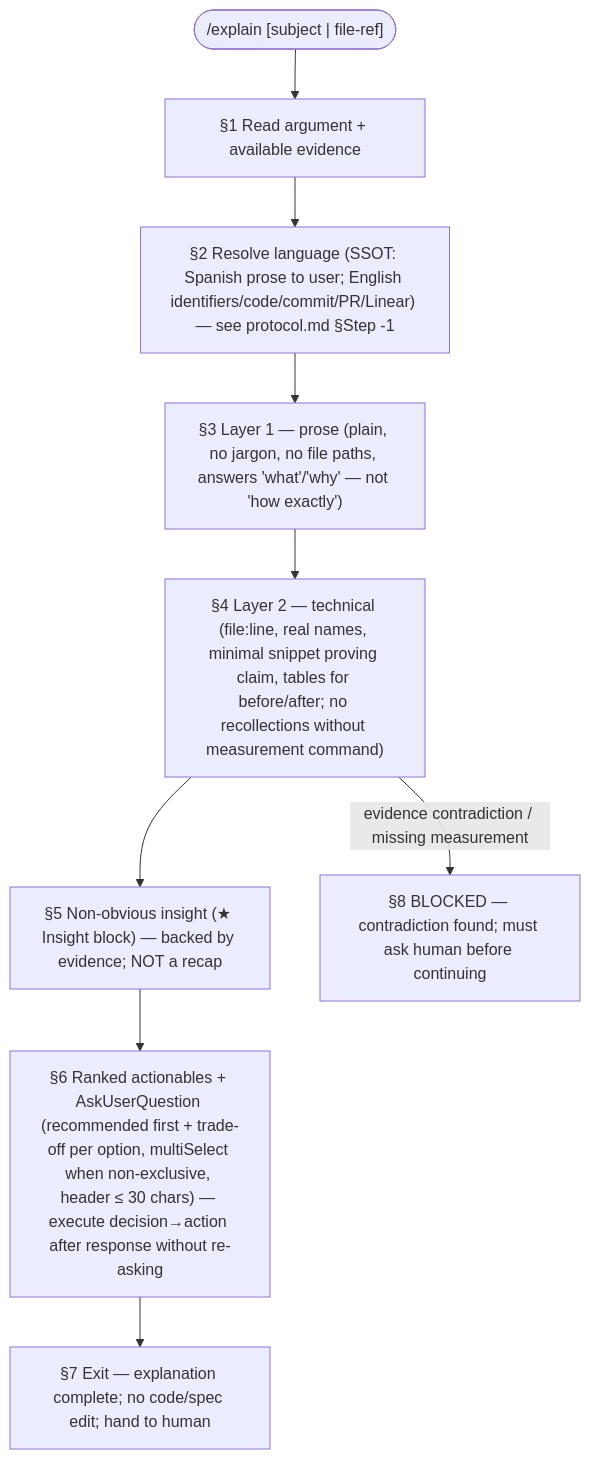
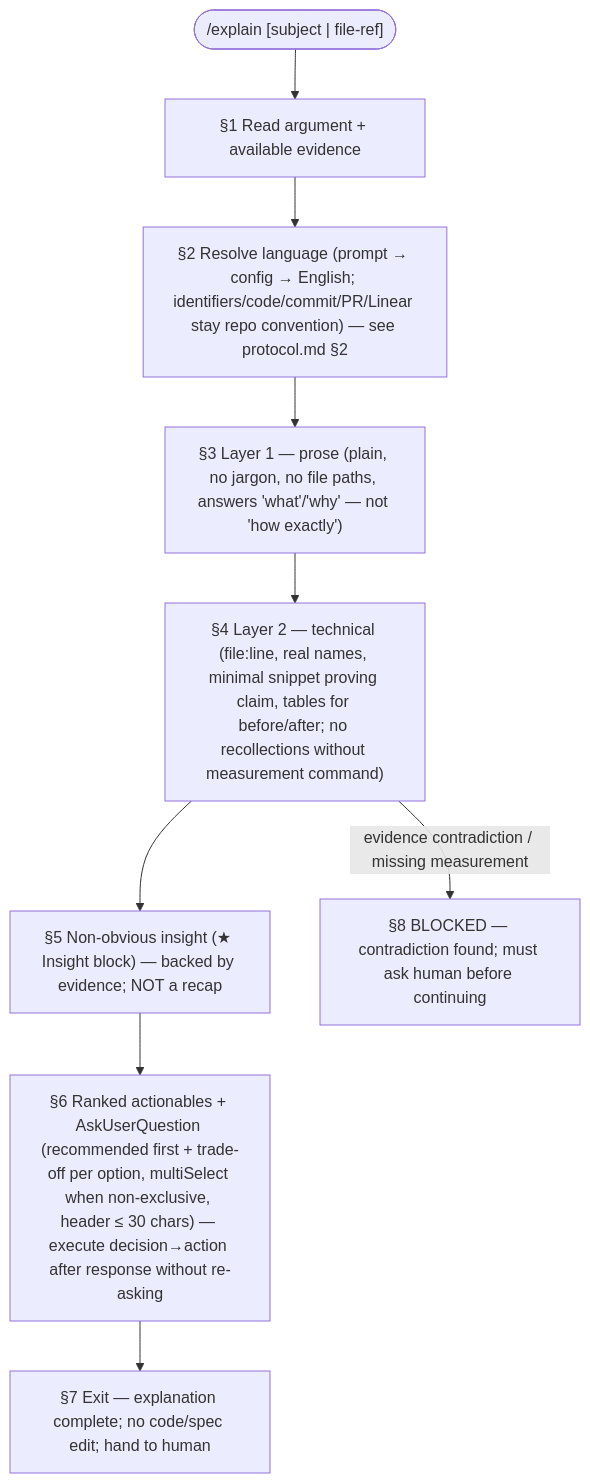
The diagram in toolkits/make-no-mistakes-toolkit/references/explain/protocol.md (chimeranext/better-toolkits), drawn with Mermaid before and after one commit. The commit also changed other lines of this file and 395 other files, not shown here.

````diff
--- a/toolkits/make-no-mistakes-toolkit/references/explain/protocol.md
+++ b/toolkits/make-no-mistakes-toolkit/references/explain/protocol.md
@@ -42,15 +42,15 @@
 ```mermaid
 flowchart TD
   start(["/explain [subject | file-ref]"])
   s1["§1 Read argument + available evidence"]
-  s2["§2 Resolve language (SSOT: Spanish prose to user; English identifiers/code/commit/PR/Linear) — see protocol.md §Step -1"]
+  s2["§2 Resolve language (prompt → config → English; identifiers/code/commit/PR/Linear stay repo convention) — see protocol.md §2"]
   s3["§3 Layer 1 — prose (plain, no jargon, no file paths, answers 'what'/'why' — not 'how exactly')"]
   s4["§4 Layer 2 — technical (file:line, real names, minimal snippet proving claim, tables for before/after; no recollections without measurement command)"]
   s5["§5 Non-obvious insight (★ Insight block) — backed by evidence; NOT a recap"]
   s6["§6 Ranked actionables + AskUserQuestion (recommended first + trade-off per option, multiSelect when non-exclusive, header ≤ 30 chars) — execute decision→action after response without re-asking"]
   exit["§7 Exit — explanation complete; no code/spec edit; hand to human"]
   blocked["§8 BLOCKED — contradiction found; must ask human before continuing"]
 
   start --> s1 --> s2 --> s3 --> s4 --> s5 --> s6 --> exit
   s4 -->|evidence contradiction / missing measurement| blocked
 ```
````
